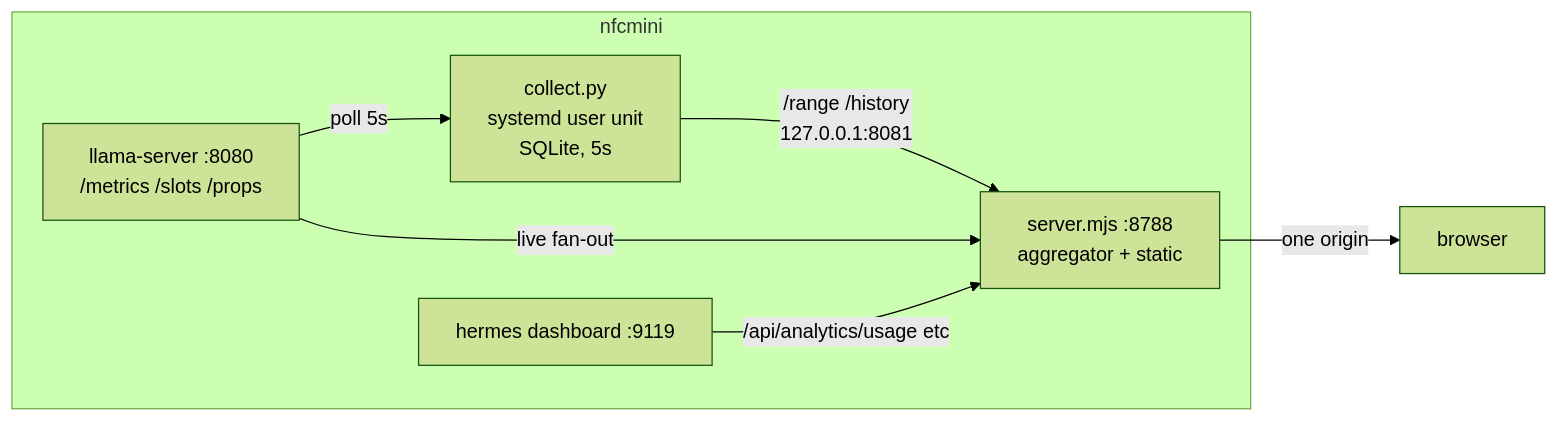
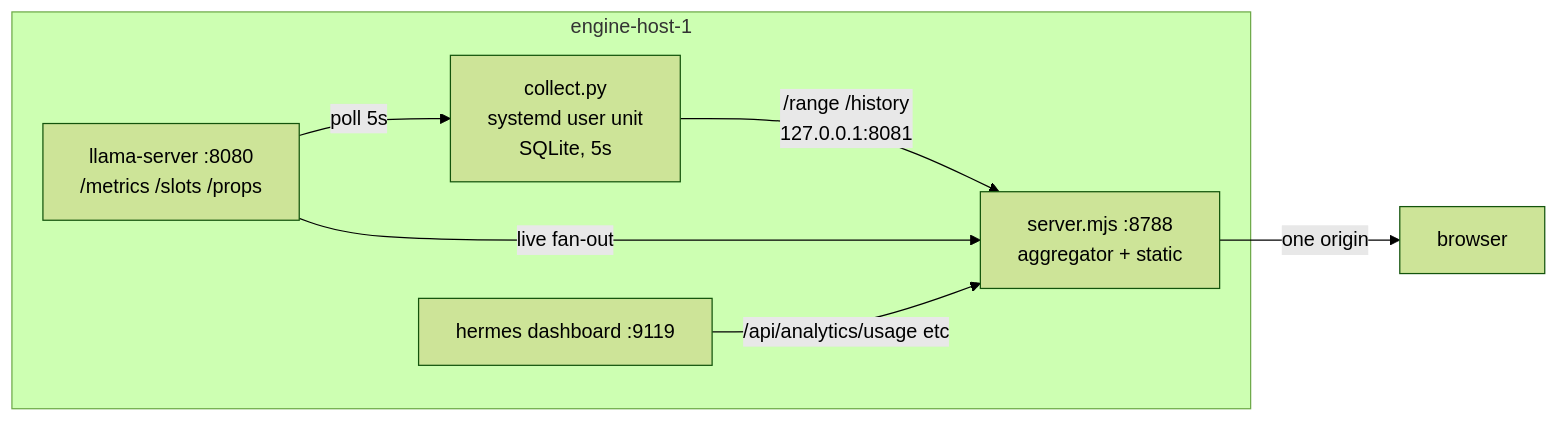
Before and after one commit to pclarytx10/hermes-stats-dash: the diagram in docs/engine-telemetry-plan.md, drawn with Mermaid (forest theme). The commit also changed other lines of this file and 3 other files, not shown here.

````diff
--- a/docs/engine-telemetry-plan.md
+++ b/docs/engine-telemetry-plan.md
@@ -151,16 +151,16 @@
 ```mermaid
 flowchart LR
-  subgraph nfcmini
+  subgraph engine_host_1["engine-host-1"]
     LS["llama-server :8080<br/>/metrics /slots /props"]
     COL["collect.py<br/>systemd user unit<br/>SQLite, 5s"]
     HA["hermes dashboard :9119"]
     SD["server.mjs :8788<br/>aggregator + static"]
   end
   BR["browser"]
 
   LS -->|"poll 5s"| COL
   COL -->|"/range /history<br/>127.0.0.1:8081"| SD
   LS -->|"live fan-out"| SD
   HA -->|"/api/analytics/usage etc"| SD
   SD -->|"one origin"| BR
 ```
````
